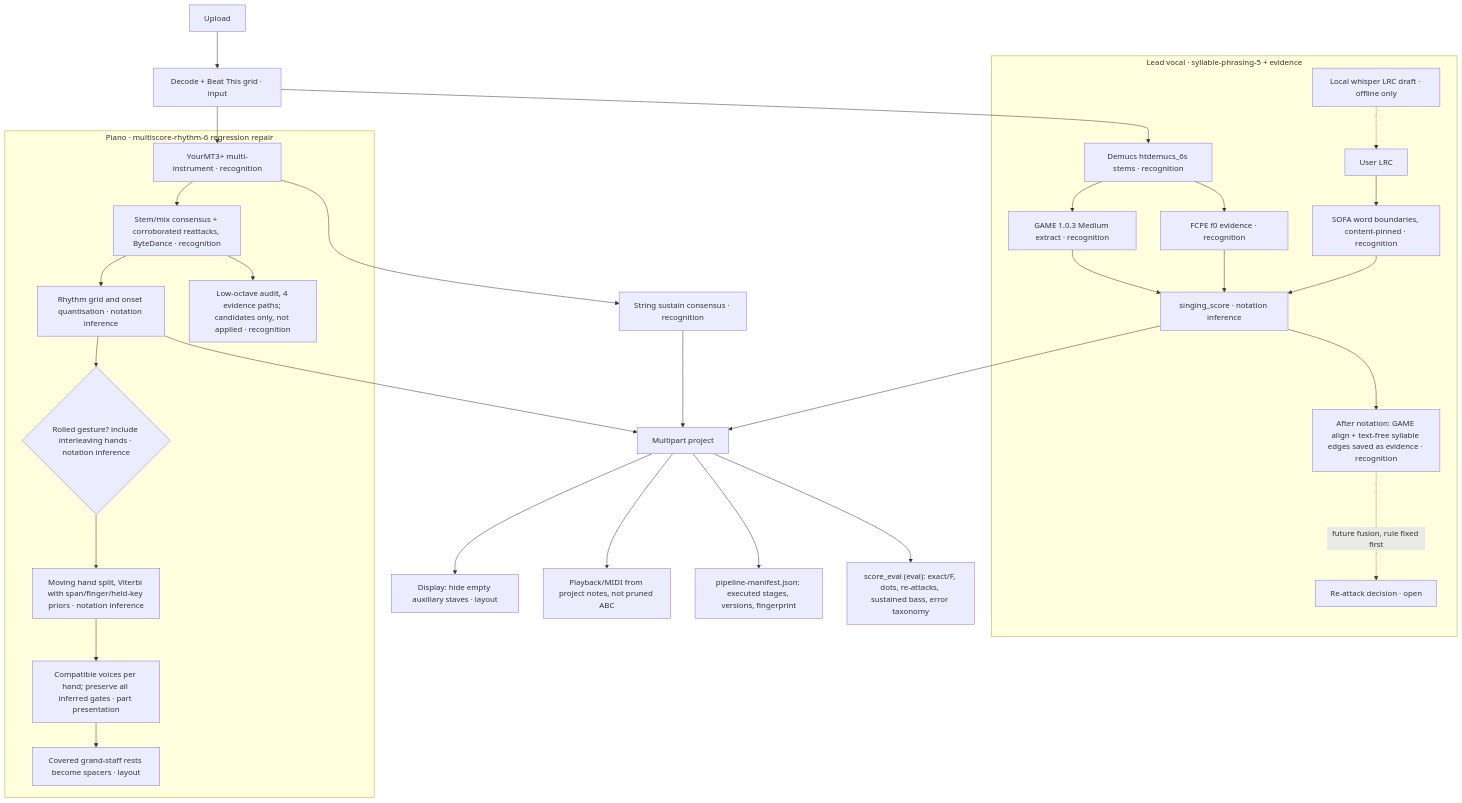
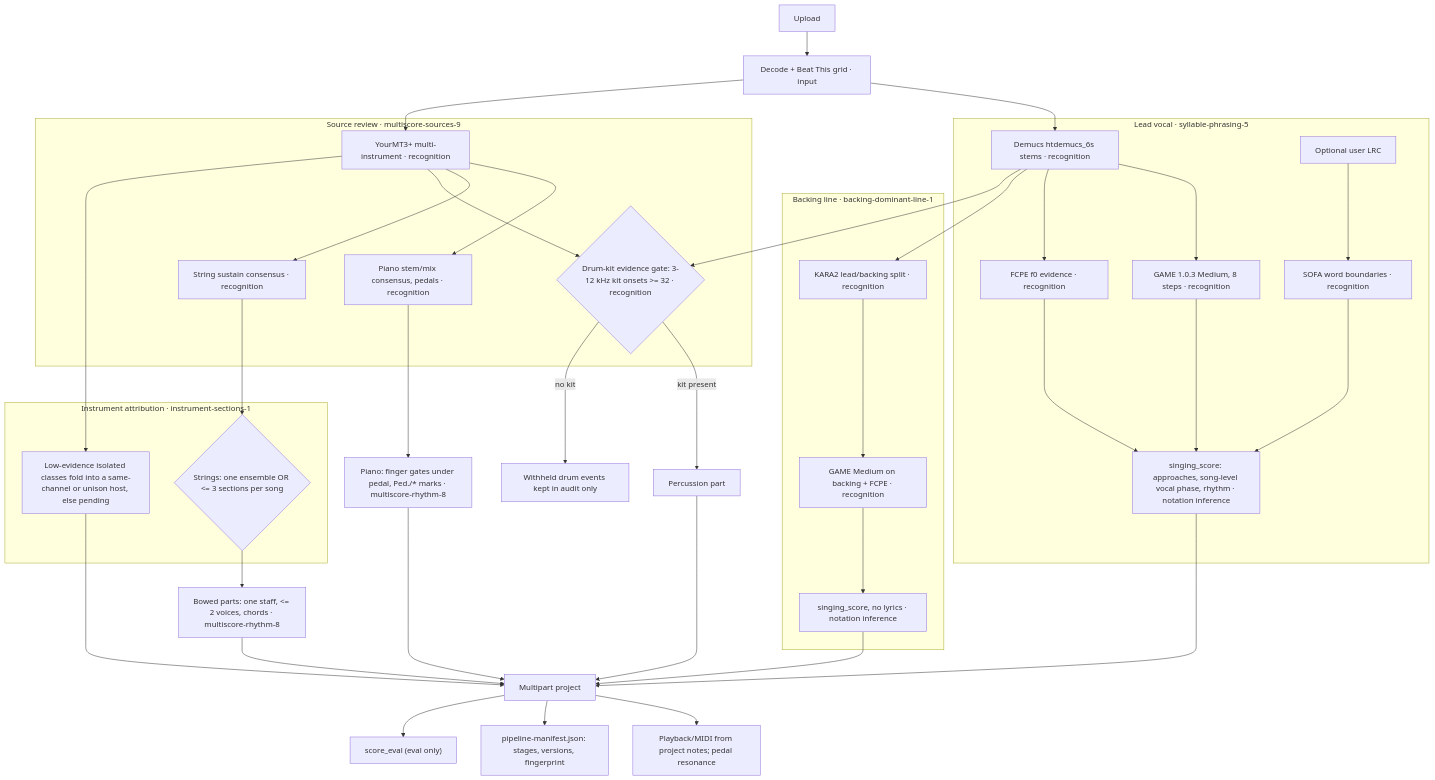
One commit to zzzhhn/coro-workbench changed the fourth of 4 diagrams in docs/PIPELINE.md. Above: the diagram before and after it, drawn with Mermaid. The commit also changed other lines of this file and 1 other file, not shown here.

Commit message:
docs: 11-11 integration (drums, strings), rejected vocal attempts, current pipeline diagram, session routing

````diff
--- a/docs/PIPELINE.md
+++ b/docs/PIPELINE.md
@@ -247,37 +261,47 @@
 ```mermaid
 flowchart TD
   A[Upload] --> B[Decode + Beat This grid · input]
   B --> SEP[Demucs htdemucs_6s stems · recognition]
   B --> MT[YourMT3+ multi-instrument · recognition]
 
-  subgraph Vocal["Lead vocal · syllable-phrasing-5 + evidence"]
-    SEP --> GE[GAME 1.0.3 Medium extract · recognition]
+  subgraph Vocal["Lead vocal · syllable-phrasing-5"]
+    SEP --> GE[GAME 1.0.3 Medium, 8 steps · recognition]
     SEP --> FC[FCPE f0 evidence · recognition]
-    LRC[User LRC] --> SOFA[SOFA word boundaries, content-pinned · recognition]
-    ASR[Local whisper LRC draft · offline only] -.-> LRC
-    GE --> SS[singing_score · notation inference]
+    LRC[Optional user LRC] --> SOFA[SOFA word boundaries · recognition]
+    GE --> SS[singing_score: approaches, song-level vocal phase, rhythm · notation inference]
     FC --> SS
     SOFA --> SS
-    SS --> EVD[After notation: GAME align + text-free syllable edges saved as evidence · recognition]
-    EVD -.->|future fusion, rule fixed first| RX[Re-attack decision · open]
   end
 
-  subgraph Piano["Piano · multiscore-rhythm-6 regression repair"]
-    MT --> PC[Stem/mix consensus + corroborated reattacks, ByteDance · recognition]
-    PC --> PR[Rhythm grid and onset quantisation · notation inference]
-    PR --> PA{Rolled gesture? include interleaving hands · notation inference}
-    PA --> PH[Moving hand split, Viterbi with span/finger/held-key priors · notation inference]
-    PH --> PV[Compatible voices per hand; preserve all inferred gates · part presentation]
-    PV --> PL[Covered grand-staff rests become spacers · layout]
-    PC --> PO[Low-octave audit, 4 evidence paths; candidates only, not applied · recognition]
+  subgraph Backing["Backing line · backing-dominant-line-1"]
+    SEP --> K[KARA2 lead/backing split · recognition]
+    K --> BG[GAME Medium on backing + FCPE · recognition]
+    BG --> BS[singing_score, no lyrics · notation inference]
   end
 
-  MT --> STR[String sustain consensus · recognition]
+  subgraph Sources["Source review · multiscore-sources-9"]
+    MT --> PC[Piano stem/mix consensus, pedals · recognition]
+    MT --> STR[String sustain consensus · recognition]
+    SEP --> DK{Drum-kit evidence gate: 3-12 kHz kit onsets >= 32 · recognition}
+    MT --> DK
+  end
+
+  subgraph Attribution["Instrument attribution · instrument-sections-1"]
+    STR --> SW{Strings: one ensemble OR <= 3 sections per song}
+    MT --> LOW[Low-evidence isolated classes fold into a same-channel or unison host, else pending]
+  end
+
+  PC --> PR[Piano: finger gates under pedal, Ped./* marks · multiscore-rhythm-8]
+  SW --> SR[Bowed parts: one staff, <= 2 voices, chords · multiscore-rhythm-8]
+  DK -->|kit present| DR[Percussion part]
+  DK -->|no kit| WH[Withheld drum events kept in audit only]
   SS --> PRJ[Multipart project]
+  BS --> PRJ
   PR --> PRJ
-  STR --> PRJ
-  PRJ --> VIEW[Display: hide empty auxiliary staves · layout]
-  PRJ --> AUD[Playback/MIDI from project notes, not pruned ABC]
-  PRJ --> MAN[pipeline-manifest.json: executed stages, versions, fingerprint]
-  PRJ --> EV["score_eval (eval): exact/F, dots, re-attacks, sustained bass, error taxonomy"]
+  SR --> PRJ
+  LOW --> PRJ
+  DR --> PRJ
+  PRJ --> AUD[Playback/MIDI from project notes; pedal resonance]
+  PRJ --> MAN[pipeline-manifest.json: stages, versions, fingerprint]
+  PRJ --> EV["score_eval (eval only)"]
 ```
````
